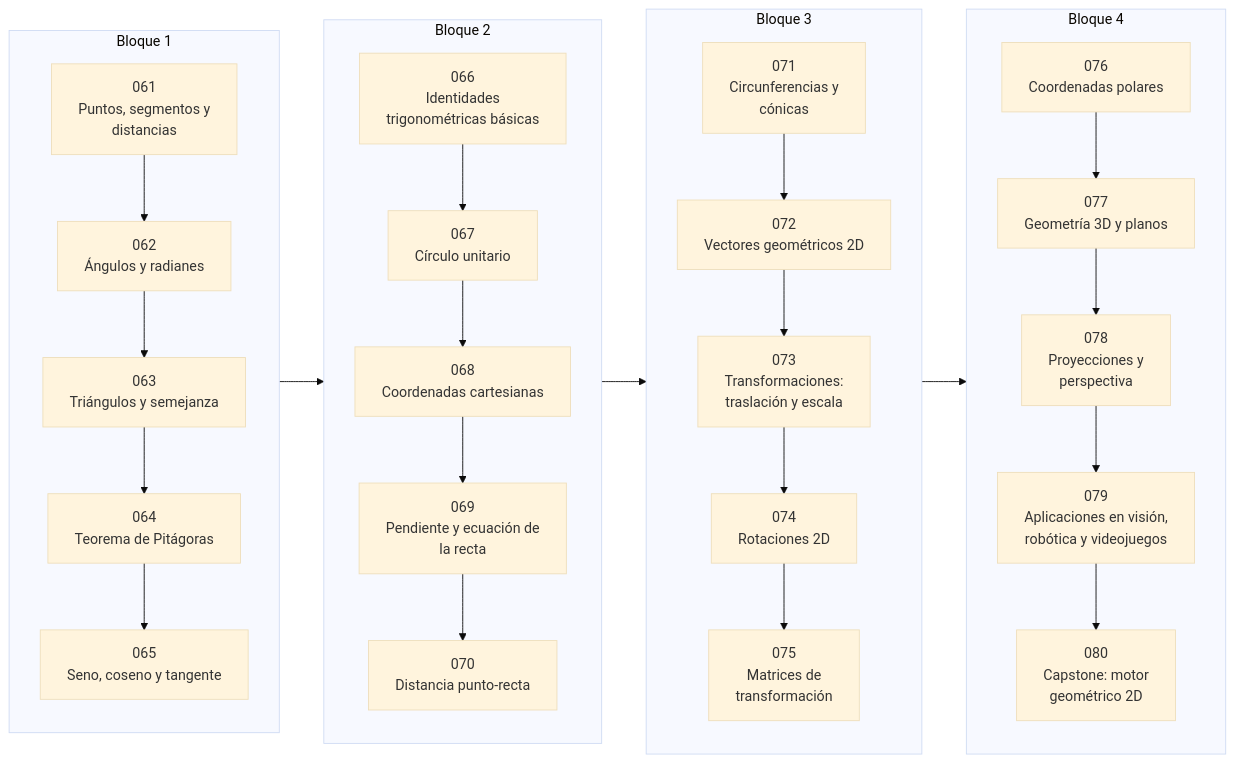
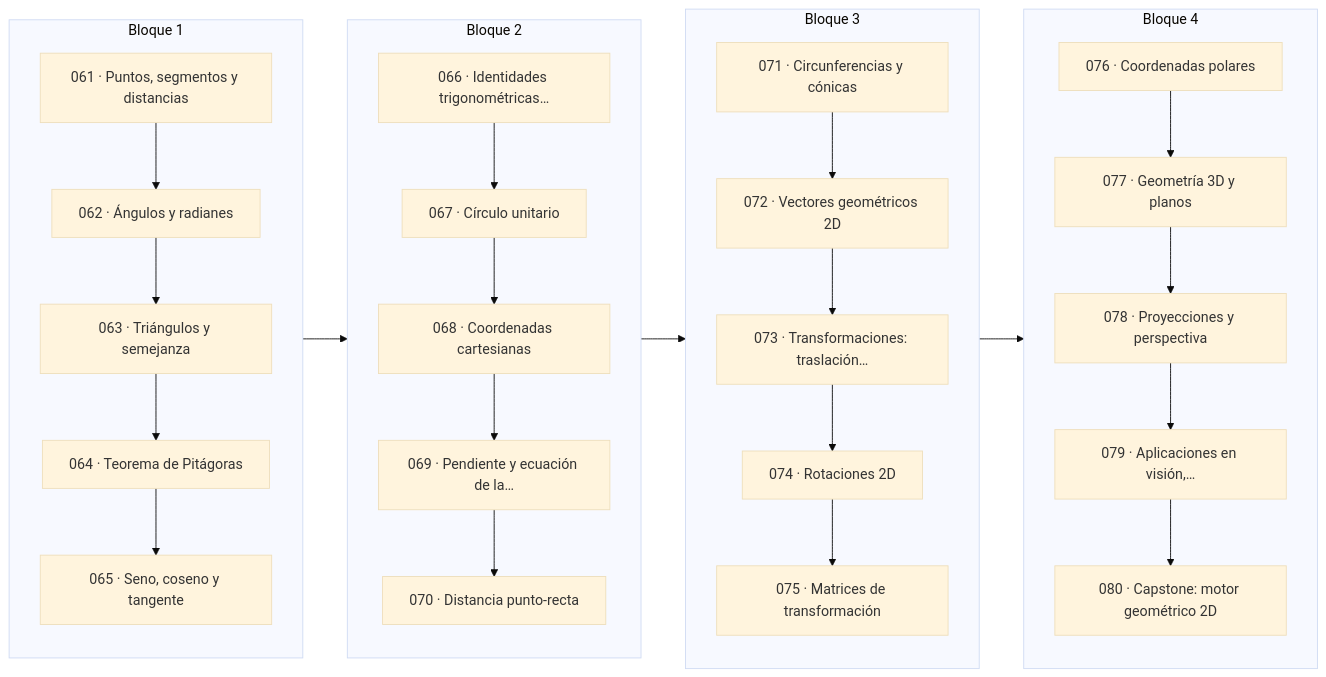
Before and after one commit to vladimiracunadev-create/computational-mathematics-program: the second of 2 diagrams in classes/part-03-geometria-trigonometria-y-geometria-analitica/README.md, drawn with Mermaid (base theme). The commit also changed other lines of this file and 389 other files, not shown here.

First line of the commit message:
fix(diagramas): elimina el HTML de las etiquetas Mermaid

````diff
--- a/classes/part-03-geometria-trigonometria-y-geometria-analitica/README.md
+++ b/classes/part-03-geometria-trigonometria-y-geometria-analitica/README.md
@@ -82,54 +82,54 @@
 ```mermaid
 flowchart LR
     subgraph B1["Bloque 1"]
         direction TB
-        L061["061<br/>Puntos, segmentos y<br/>distancias"]
-        L062["062<br/>Ángulos y radianes"]
-        L063["063<br/>Triángulos y semejanza"]
-        L064["064<br/>Teorema de Pitágoras"]
-        L065["065<br/>Seno, coseno y tangente"]
+        L061["061 · Puntos, segmentos y distancias"]
+        L062["062 · Ángulos y radianes"]
+        L063["063 · Triángulos y semejanza"]
+        L064["064 · Teorema de Pitágoras"]
+        L065["065 · Seno, coseno y tangente"]
         L061 --> L062
         L062 --> L063
         L063 --> L064
         L064 --> L065
     end
     subgraph B2["Bloque 2"]
         direction TB
-        L066["066<br/>Identidades<br/>trigonométricas básicas"]
-        L067["067<br/>Círculo unitario"]
-        L068["068<br/>Coordenadas cartesianas"]
-        L069["069<br/>Pendiente y ecuación de<br/>la recta"]
-        L070["070<br/>Distancia punto-recta"]
+        L066["066 · Identidades trigonométricas…"]
+        L067["067 · Círculo unitario"]
+        L068["068 · Coordenadas cartesianas"]
+        L069["069 · Pendiente y ecuación de la…"]
+        L070["070 · Distancia punto-recta"]
         L066 --> L067
         L067 --> L068
         L068 --> L069
         L069 --> L070
     end
     subgraph B3["Bloque 3"]
         direction TB
-        L071["071<br/>Circunferencias y<br/>cónicas"]
-        L072["072<br/>Vectores geométricos 2D"]
-        L073["073<br/>Transformaciones:<br/>traslación y escala"]
-        L074["074<br/>Rotaciones 2D"]
-        L075["075<br/>Matrices de<br/>transformación"]
+        L071["071 · Circunferencias y cónicas"]
+        L072["072 · Vectores geométricos 2D"]
+        L073["073 · Transformaciones: traslación…"]
+        L074["074 · Rotaciones 2D"]
+        L075["075 · Matrices de transformación"]
         L071 --> L072
         L072 --> L073
         L073 --> L074
         L074 --> L075
     end
     subgraph B4["Bloque 4"]
         direction TB
-        L076["076<br/>Coordenadas polares"]
-        L077["077<br/>Geometría 3D y planos"]
-        L078["078<br/>Proyecciones y<br/>perspectiva"]
-        L079["079<br/>Aplicaciones en visión,<br/>robótica y videojuegos"]
-        L080["080<br/>Capstone: motor<br/>geométrico 2D"]
+        L076["076 · Coordenadas polares"]
+        L077["077 · Geometría 3D y planos"]
+        L078["078 · Proyecciones y perspectiva"]
+        L079["079 · Aplicaciones en visión,…"]
+        L080["080 · Capstone: motor geométrico 2D"]
         L076 --> L077
         L077 --> L078
         L078 --> L079
         L079 --> L080
     end
     L065 --> L066
     L070 --> L071
     L075 --> L076
 ```
````
